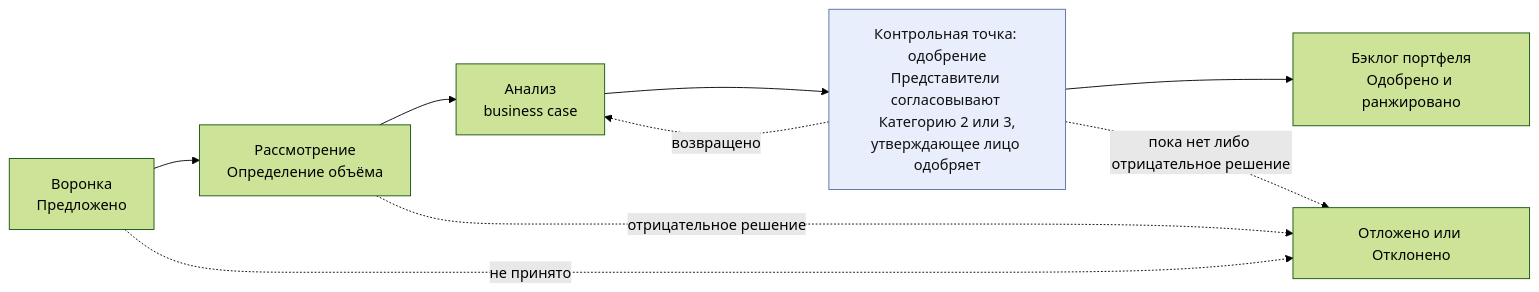
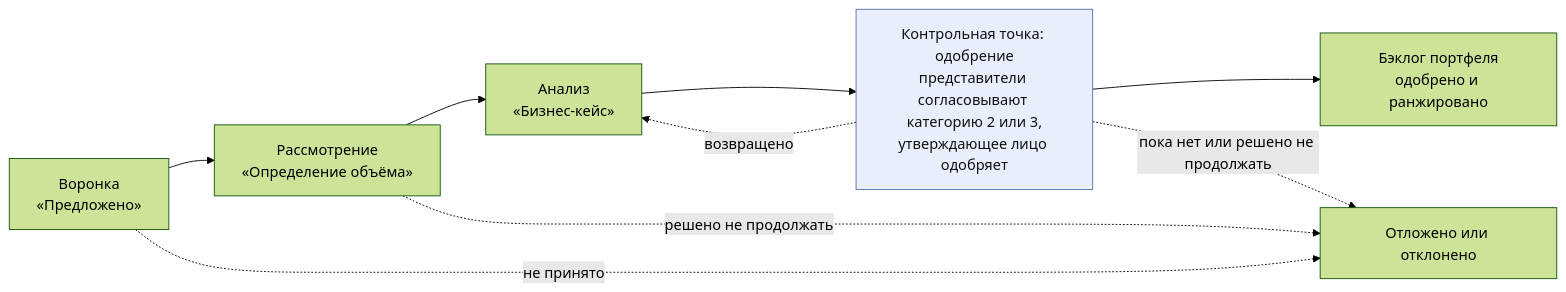
The fourth of 10 diagrams in charter/ru/workflows/service-delivery.md (devhogu/ob-aicc), drawn with Mermaid (forest theme) before and after one commit. The commit also changed other lines of this file and 7 other files, not shown here.

````diff
--- a/charter/ru/workflows/service-delivery.md
+++ b/charter/ru/workflows/service-delivery.md
@@ -91,13 +93,13 @@
 ```mermaid
 flowchart LR
-  F["Воронка<br/>Предложено"] --> R["Рассмотрение<br/>Определение объёма"]
-  R --> A["Анализ<br/>business case"]
-  A --> G1["Контрольная точка: одобрение<br/>Представители согласовывают Категорию 2 или 3,<br/>утверждающее лицо одобряет"]
-  G1 --> B["Бэклог портфеля<br/>Одобрено и ранжировано"]
+  F["Воронка<br/>«Предложено»"] --> R["Рассмотрение<br/>«Определение объёма»"]
+  R --> A["Анализ<br/>«Бизнес-кейс»"]
+  A --> G1["Контрольная точка: одобрение<br/>представители согласовывают категорию 2 или 3,<br/>утверждающее лицо одобряет"]
+  G1 --> B["Бэклог портфеля<br/>одобрено и ранжировано"]
   G1 -.->|"возвращено"| A
-  F -.->|"не принято"| DJ["Отложено или Отклонено"]
-  R -.->|"отрицательное решение"| DJ
-  G1 -.->|"пока нет либо отрицательное решение"| DJ
+  F -.->|"не принято"| DJ["Отложено или отклонено"]
+  R -.->|"решено не продолжать"| DJ
+  G1 -.->|"пока нет или решено не продолжать"| DJ
   classDef gate fill:#e8eefc,stroke:#5a6fa8,color:#111
   class G1 gate
 ```
````
